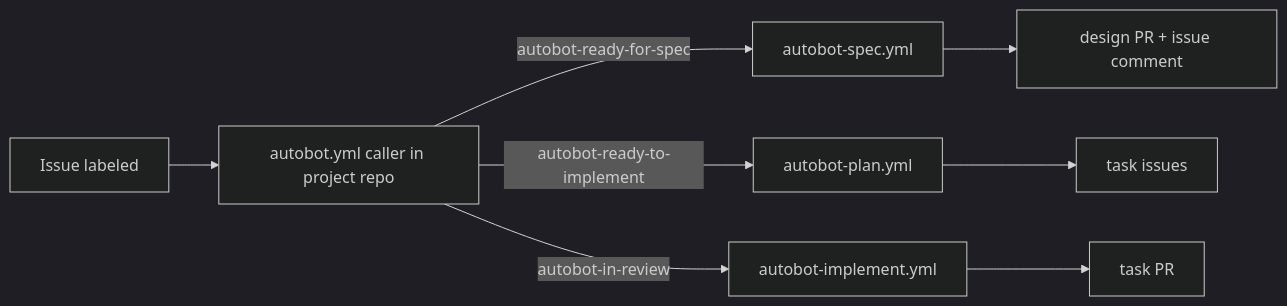
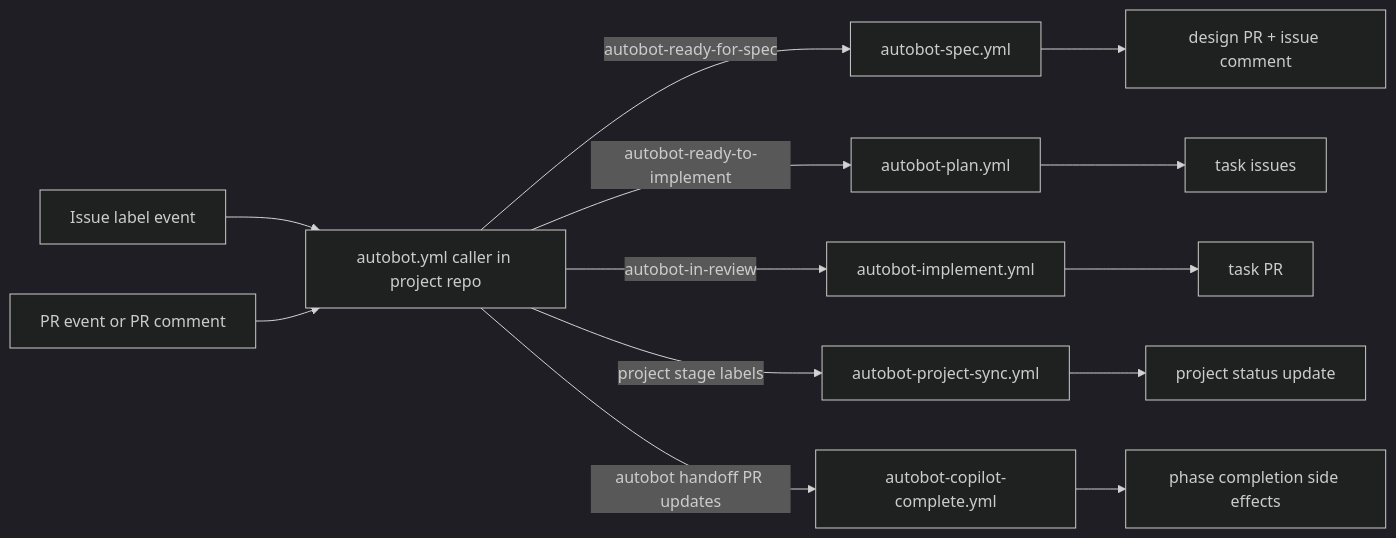
One commit to AutoplanAS/AutoplanArchitectureSetup changed the diagram in docs/autobot-pipeline/design.md. Above: the diagram before and after it, drawn with Mermaid (dark theme). The commit also changed other lines of this file and 3 other files, not shown here.

Commit message:
Align Autobot architecture contract and gate triggers

````diff
--- a/docs/autobot-pipeline/design.md
+++ b/docs/autobot-pipeline/design.md
@@ -85,10 +91,15 @@
 ```mermaid
 flowchart LR
-  A[Issue labeled] --> B[autobot.yml caller in project repo]
+  A[Issue label event] --> B[autobot.yml caller in project repo]
+  P[PR event or PR comment] --> B
   B -->|autobot-ready-for-spec| C[autobot-spec.yml]
   B -->|autobot-ready-to-implement| D[autobot-plan.yml]
   B -->|autobot-in-review| E[autobot-implement.yml]
+  B -->|project stage labels| S[autobot-project-sync.yml]
+  B -->|autobot handoff PR updates| K[autobot-copilot-complete.yml]
   C --> F[design PR + issue comment]
   D --> G[task issues]
   E --> H[task PR]
+  K --> I[phase completion side effects]
+  S --> J[project status update]
 ```
````
